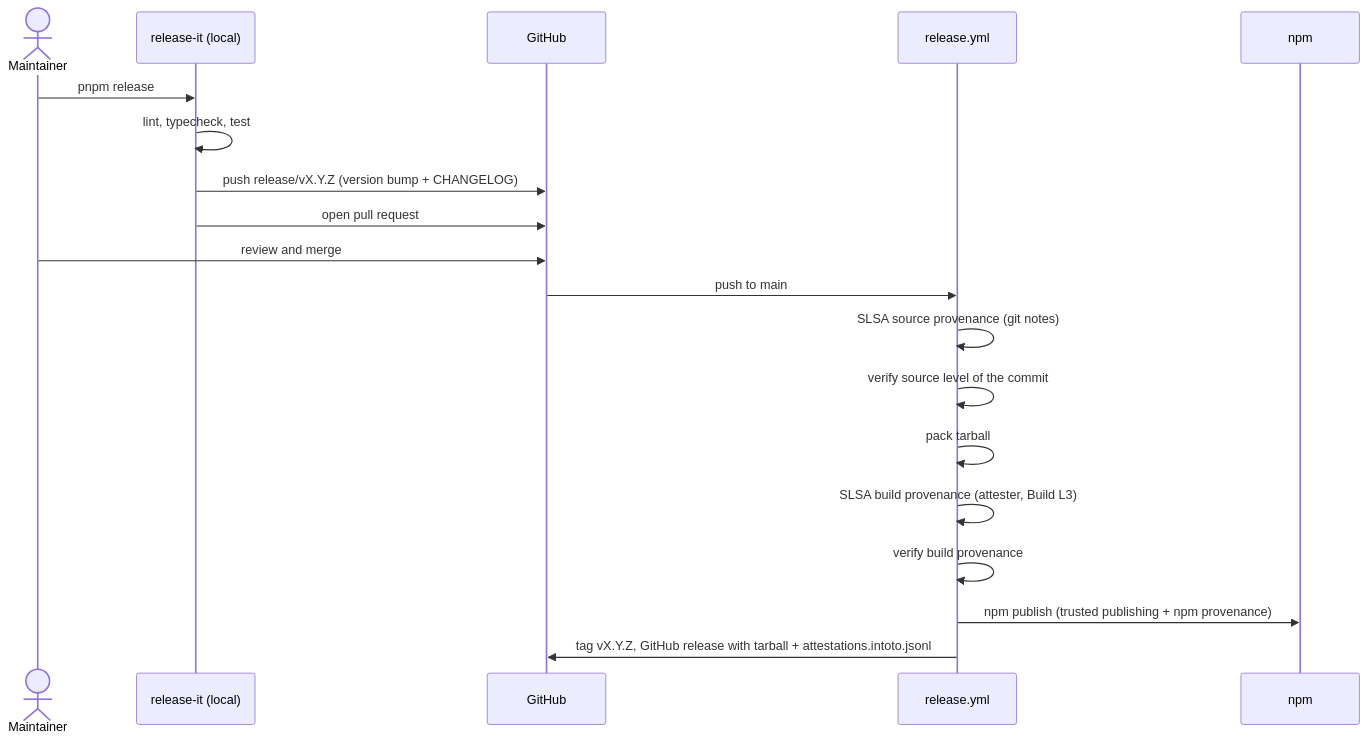
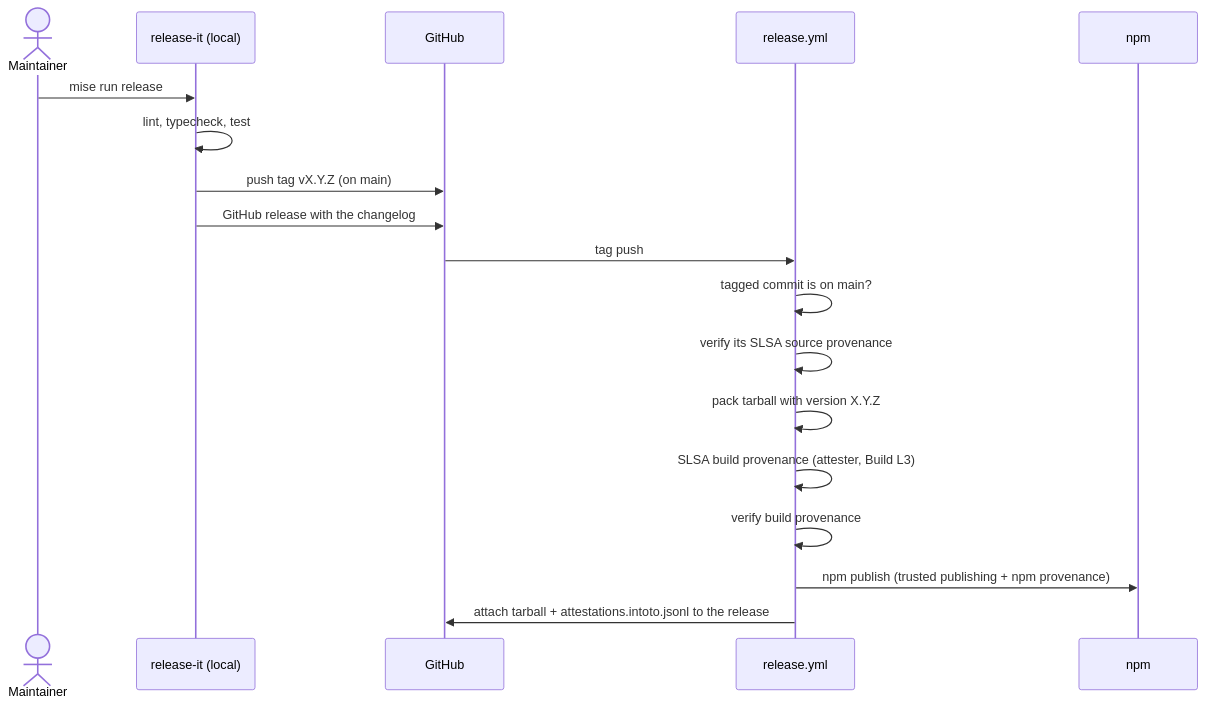
The diagram in docs/development/releasing.md (danielgnth/slidev-tum-theme), drawn with Mermaid before and after one commit. The commit also changed other lines of this file and 11 other files, not shown here.

First line of the commit message:
ci: versions are git tags, released natively with release-it (#7)

````diff
--- a/docs/development/releasing.md
+++ b/docs/development/releasing.md
@@ -5,22 +5,21 @@
 ```mermaid
 sequenceDiagram
   actor M as Maintainer
   participant R as release-it (local)
   participant GH as GitHub
   participant CI as release.yml
   participant NPM as npm
 
-  M->>R: pnpm release
+  M->>R: mise run release
   R->>R: lint, typecheck, test
-  R->>GH: push release/vX.Y.Z (version bump + CHANGELOG)
-  R->>GH: open pull request
-  M->>GH: review and merge
-  GH->>CI: push to main
-  CI->>CI: SLSA source provenance (git notes)
-  CI->>CI: verify source level of the commit
-  CI->>CI: pack tarball
+  R->>GH: push tag vX.Y.Z (on main)
+  R->>GH: GitHub release with the changelog
+  GH->>CI: tag push
+  CI->>CI: tagged commit is on main?
+  CI->>CI: verify its SLSA source provenance
+  CI->>CI: pack tarball with version X.Y.Z
   CI->>CI: SLSA build provenance (attester, Build L3)
   CI->>CI: verify build provenance
   CI->>NPM: npm publish (trusted publishing + npm provenance)
-  CI->>GH: tag vX.Y.Z, GitHub release with tarball + attestations.intoto.jsonl
+  CI->>GH: attach tarball + attestations.intoto.jsonl to the release
 ```
````
